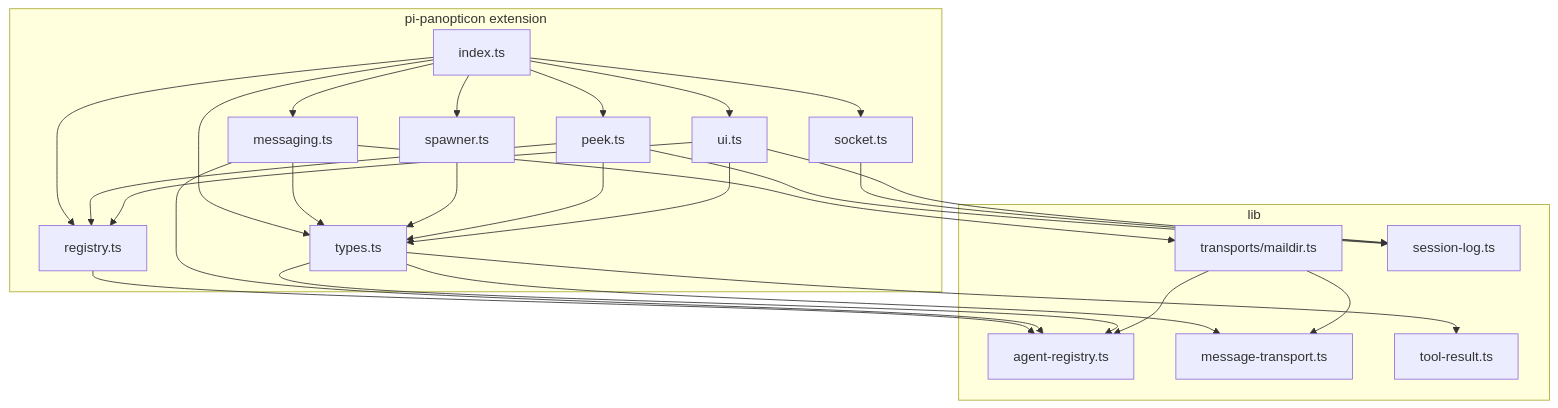
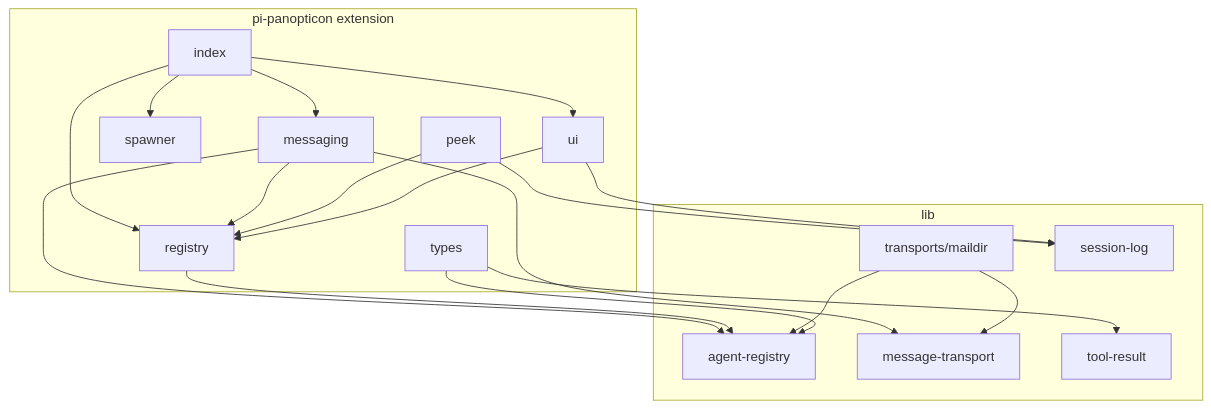
Before and after one commit to tS7hKamAYL84j91/pi-tools-and-skills: the third of 3 diagrams in docs/C4-Code.md, drawn with Mermaid. The commit also changed other lines of this file and 27 other files, not shown here.

````diff
--- a/docs/C4-Code.md
+++ b/docs/C4-Code.md
@@ -164,47 +154,37 @@
 ```mermaid
 graph TD
     subgraph "pi-panopticon extension"
-        index[index.ts]
-        registry[registry.ts]
-        messaging[messaging.ts]
-        spawner[spawner.ts]
-        peek[peek.ts]
-        socket[socket.ts]
-        ui[ui.ts]
-        types[types.ts]
+        id_10[index]
+        id_11[registry]
+        id_12[messaging]
+        id_13[spawner]
+        id_14[peek]
+        id_15[ui]
+        id_16[types]
     end
 
     subgraph "lib"
-        agentReg[agent-registry.ts]
-        transport[message-transport.ts]
-        maildir[transports/maildir.ts]
-        sessionLog[session-log.ts]
-        toolResult[tool-result.ts]
+        id_17[agent-registry]
+        id_18[message-transport]
+        id_19[transports/maildir]
+        id_20[session-log]
+        id_21[tool-result]
     end
 
-    index --> registry
-    index --> messaging
-    index --> spawner
-    index --> peek
-    index --> socket
-    index --> ui
-    index --> types
-
-    registry --> agentReg
-    messaging --> types
-    messaging --> agentReg
-    messaging --> maildir
-    spawner --> types
-    peek --> types
-    peek --> registry
-    peek --> sessionLog
-    socket --> sessionLog
-    ui --> types
-    ui --> registry
-    ui --> sessionLog
-    types --> agentReg
-    types --> transport
-    types --> toolResult
-    maildir --> agentReg
-    maildir --> transport
+    id_10 --> id_11
+    id_10 --> id_12
+    id_10 --> id_13
+    id_10 --> id_15
+    id_12 --> id_11
+    id_12 --> id_18
+    id_12 --> id_17
+    id_14 --> id_11
+    id_14 --> id_20
+    id_15 --> id_11
+    id_15 --> id_20
+    id_11 --> id_17
+    id_19 --> id_18
+    id_19 --> id_17
+    id_16 --> id_17
+    id_16 --> id_21
 ```
````
